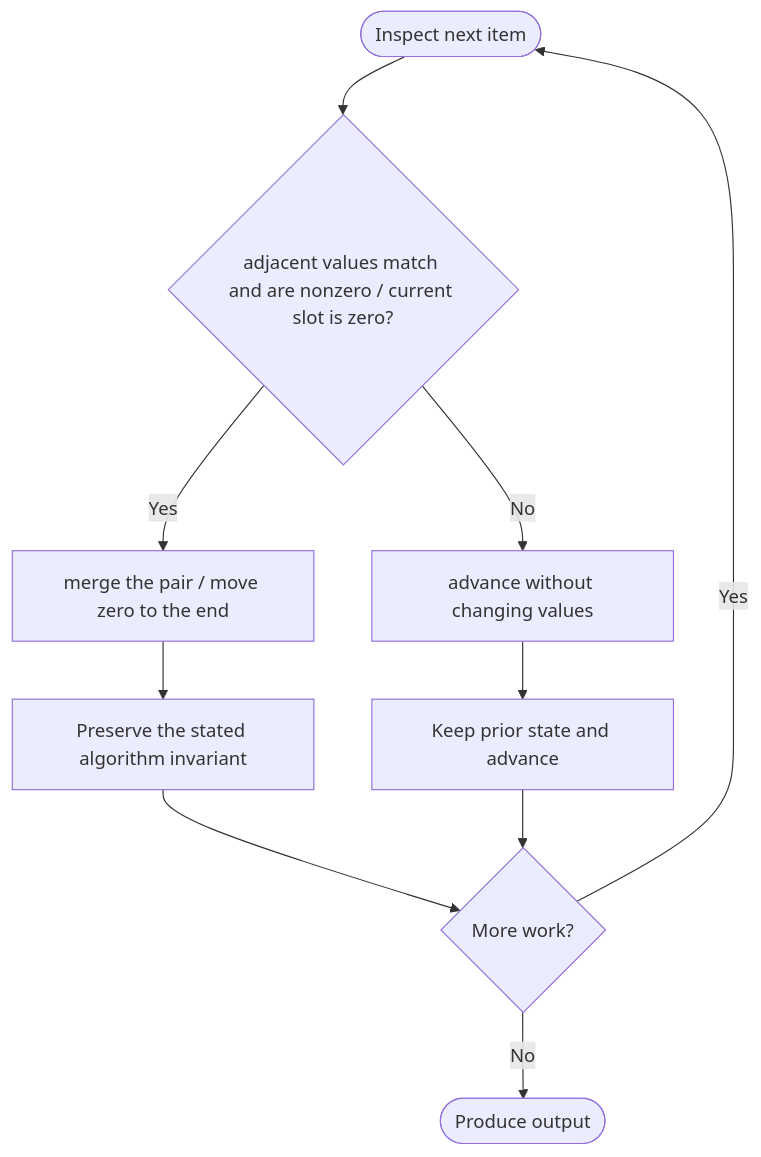
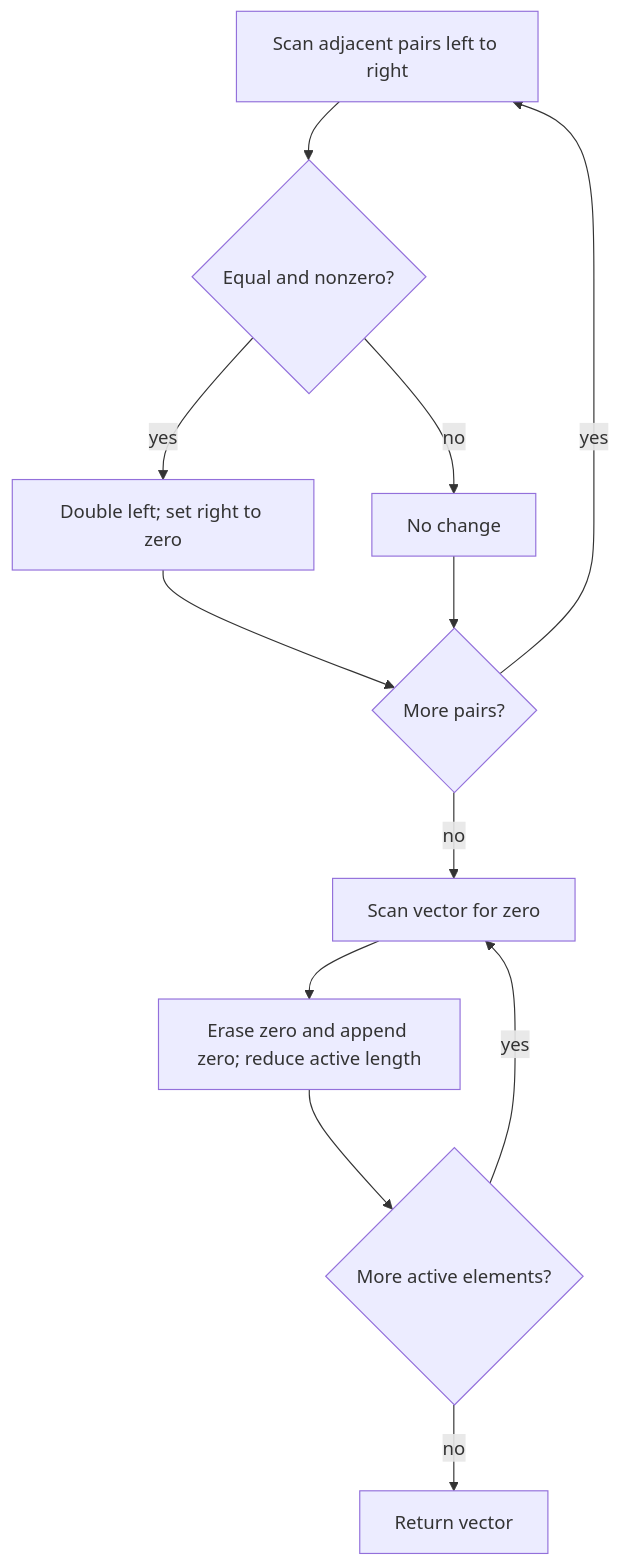
Before and after one commit to SAIDEEPBHANGE/C-CPP-Codes: the diagram in LeetCode/2460/README.md, drawn with Mermaid. The commit also changed other lines of this file and 196 other files, not shown here.

````diff
--- a/LeetCode/2460/README.md
+++ b/LeetCode/2460/README.md
@@ -28,12 +44,14 @@
 ```mermaid
 flowchart TD
-    A([Inspect next item]) --> B{adjacent values match and are nonzero / current slot is zero?}
-    B -- Yes --> C[merge the pair / move zero to the end]
-    B -- No --> D[advance without changing values]
-    C --> E[Preserve the stated algorithm invariant]
-    D --> F[Keep prior state and advance]
-    E --> G{More work?}
-    F --> G
-    G -- Yes --> A
-    G -- No --> H([Produce output])
+    A[Scan adjacent pairs left to right] --> B{Equal and nonzero?}
+    B -->|yes| C[Double left; set right to zero]
+    B -->|no| D[No change]
+    C --> E{More pairs?}
+    D --> E
+    E -->|yes| A
+    E -->|no| F[Scan vector for zero]
+    F --> G[Erase zero and append zero; reduce active length]
+    G --> H{More active elements?}
+    H -->|yes| F
+    H -->|no| I[Return vector]
 ```
````
